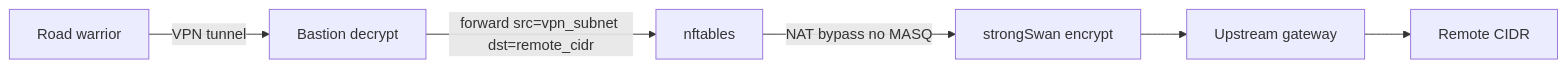
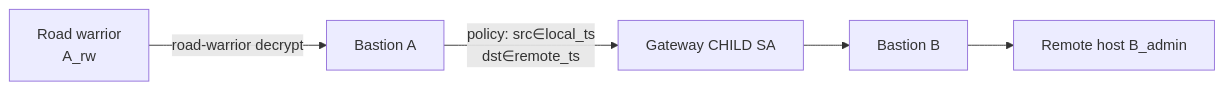
The seventh of 7 diagrams in image/docs/network-design.md (novassist-ai/mycs-node), drawn with Mermaid before and after one commit. The commit also changed other lines of this file and 6 other files, not shown here.

````diff
--- a/image/docs/network-design.md
+++ b/image/docs/network-design.md
@@ -326,8 +477,13 @@
 ```mermaid
 flowchart LR
-  RW[Road warrior] -->|VPN tunnel| B[Bastion decrypt]
-  B -->|forward src=vpn_subnet dst=remote_cidr| F[nftables]
-  F -->|NAT bypass no MASQ| S[strongSwan encrypt]
-  S --> U[Upstream gateway]
-  U --> R[Remote CIDR]
+  RW[Road warrior<br/>A_rw]
+  BA[Bastion A]
+  SA[Gateway CHILD SA]
+  BB[Bastion B]
+  RJ[Remote host B_admin]
+
+  RW -->|road-warrior decrypt| BA
+  BA -->|policy: src∈local_ts<br/>dst∈remote_ts| SA
+  SA --> BB
+  BB --> RJ
 ```
````
